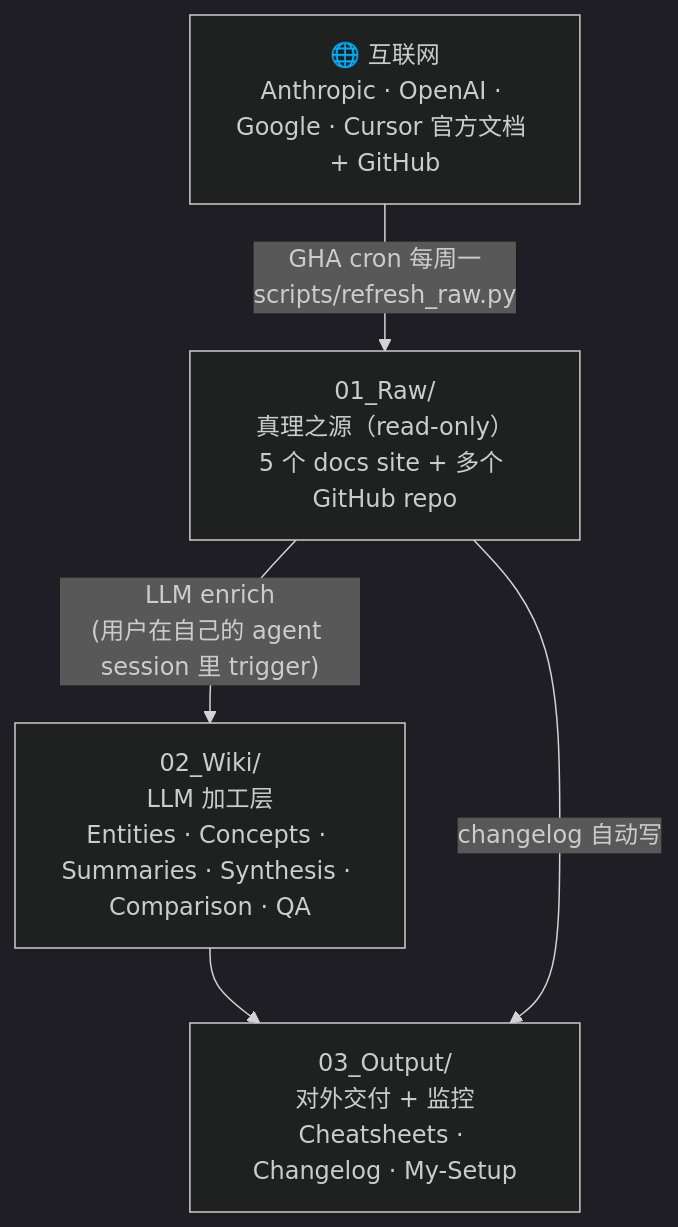
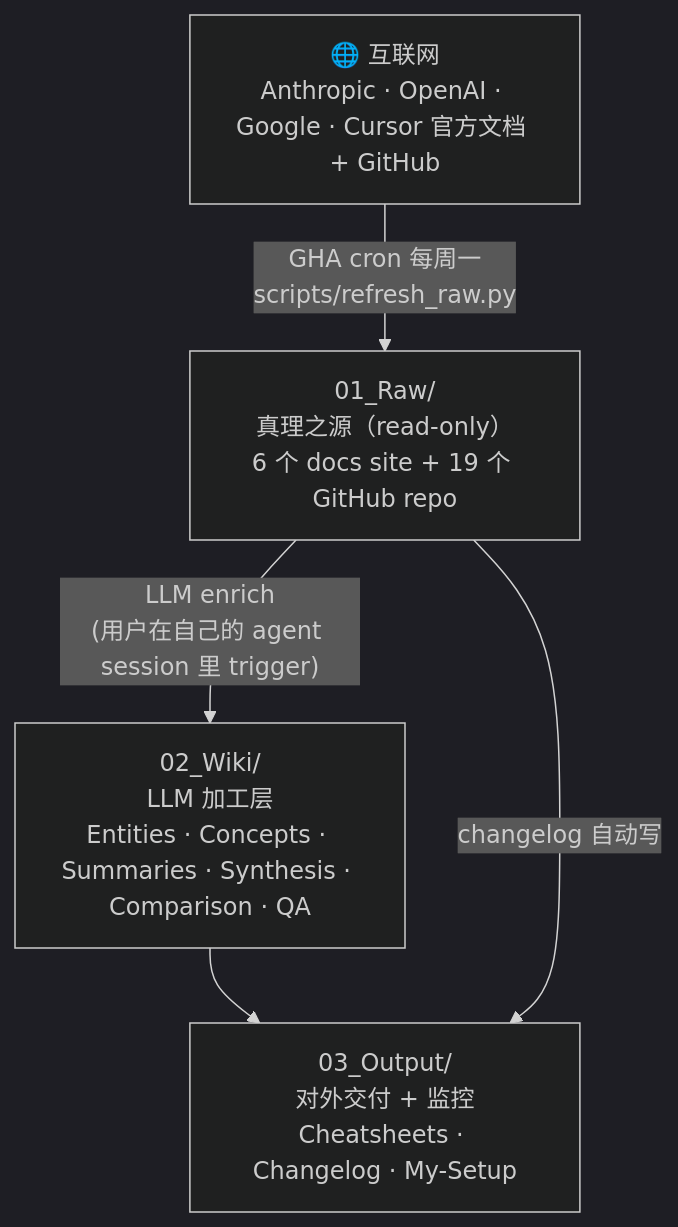
The diagram in README.md (NickCollect/ai-coding-runbook), drawn with Mermaid (dark theme) before and after one commit. The commit also changed other lines of this file and 2 other files, not shown here.

````diff
--- a/README.md
+++ b/README.md
@@ -103,12 +121,12 @@
 ```mermaid
 flowchart TB
     Internet["🌐 互联网<br/>Anthropic · OpenAI · Google · Cursor 官方文档 + GitHub"]
-    Raw["01_Raw/<br/>真理之源（read-only）<br/>5 个 docs site + 多个 GitHub repo"]
+    Raw["01_Raw/<br/>真理之源（read-only）<br/>6 个 docs site + 19 个 GitHub repo"]
     Wiki["02_Wiki/<br/>LLM 加工层<br/>Entities · Concepts · Summaries · Synthesis · Comparison · QA"]
     Output["03_Output/<br/>对外交付 + 监控<br/>Cheatsheets · Changelog · My-Setup"]
 
     Internet -->|"GHA cron 每周一<br/>scripts/refresh_raw.py"| Raw
     Raw -->|"LLM enrich<br/>(用户在自己的 agent session 里 trigger)"| Wiki
     Wiki --> Output
     Raw -->|"changelog 自动写"| Output
 ```
````
